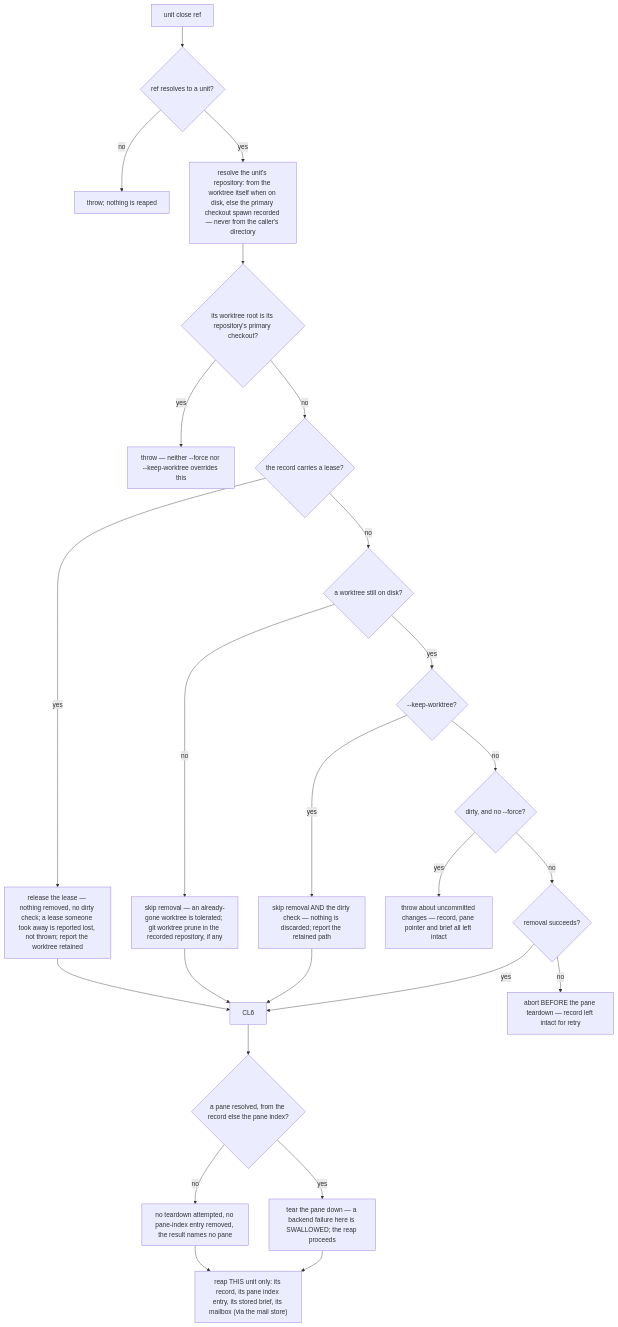
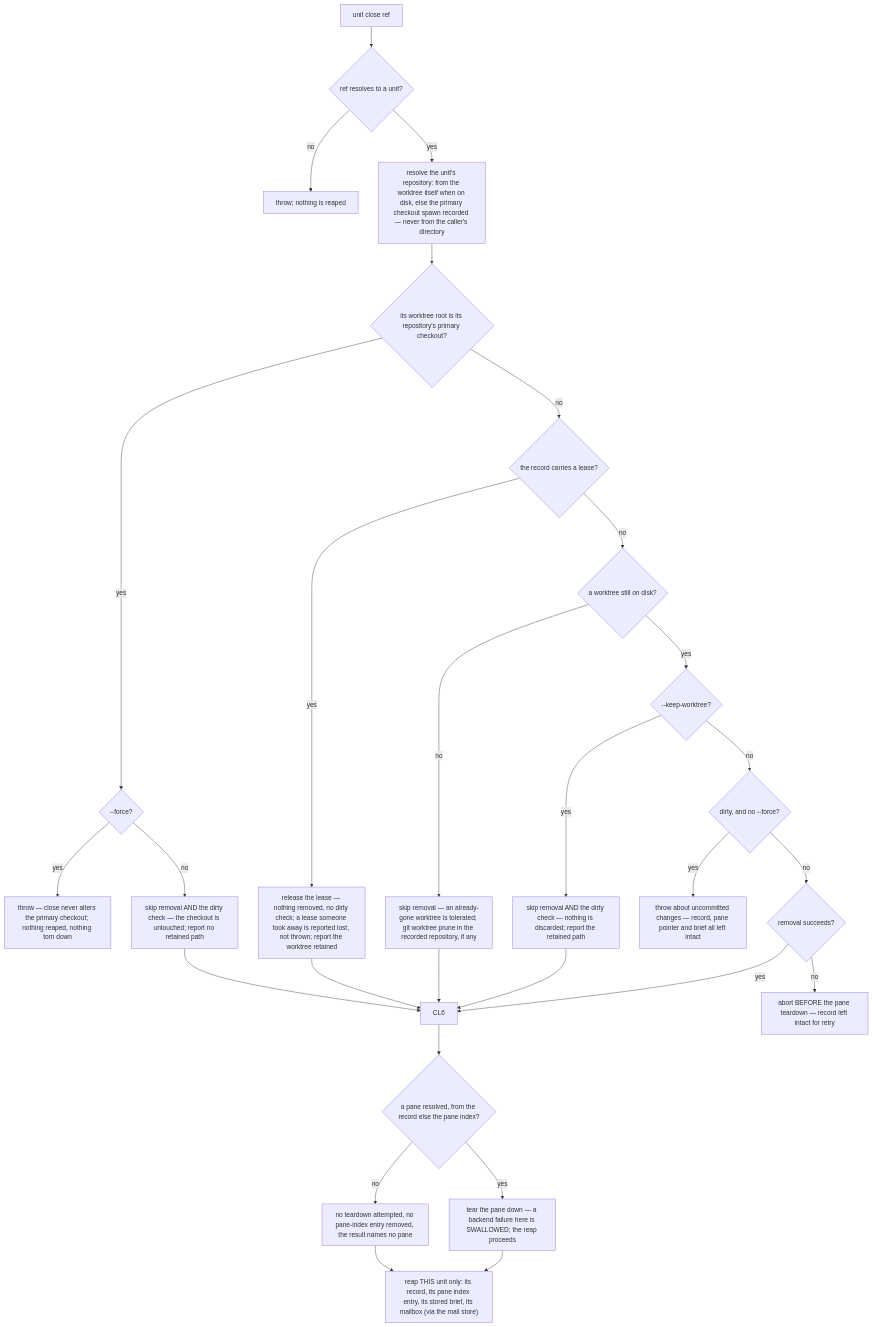
Before and after one commit to cyberuni/cyberlegion: the fifth of 6 diagrams in packages/cyberlegion/.agents/spec/unit/lifecycle/README.md, drawn with Mermaid. The commit also changed other lines of this file and 7 other files, not shown here.

First line of the commit message:
feat: close a unit on the primary checkout without touching the checkout (#249)

````diff
--- a/packages/cyberlegion/.agents/spec/unit/lifecycle/README.md
+++ b/packages/cyberlegion/.agents/spec/unit/lifecycle/README.md
@@ -588,27 +593,30 @@
 ```mermaid
 graph TD
   CL0["unit close ref"] --> CL1{"ref resolves to a unit?"}
   CL1 -- no --> CL1X["throw; nothing is reaped"]
   CL1 -- yes --> CLR["resolve the unit's repository: from the worktree itself when on disk, else the primary checkout spawn recorded — never from the caller's directory"]
   CLR --> CL2{"its worktree root is its repository's primary checkout?"}
-  CL2 -- yes --> CL2X["throw — neither --force nor --keep-worktree overrides this"]
+  CL2 -- yes --> CL2F{"--force?"}
+  CL2F -- yes --> CL2X["throw — close never alters the primary checkout; nothing reaped, nothing torn down"]
+  CL2F -- no --> CL2K["skip removal AND the dirty check — the checkout is untouched; report no retained path"]
+  CL2K --> CL6
   CL2 -- no --> CLL{"the record carries a lease?"}
   CLL -- yes --> CLL1["release the lease — nothing removed, no dirty check; a lease someone took away is reported lost, not thrown; report the worktree retained"]
   CLL1 --> CL6
   CLL -- no --> CL3{"a worktree still on disk?"}
   CL3 -- no --> CLP["skip removal — an already-gone worktree is tolerated; git worktree prune in the recorded repository, if any"]
   CLP --> CL6
   CL3 -- yes --> CLK{"--keep-worktree?"}
   CLK -- yes --> CLK1["skip removal AND the dirty check — nothing is discarded; report the retained path"]
   CLK1 --> CL6
   CLK -- no --> CL4{"dirty, and no --force?"}
   CL4 -- yes --> CL4X["throw about uncommitted changes — record, pane pointer and brief all left intact"]
   CL4 -- no --> CL5{"removal succeeds?"}
   CL5 -- no --> CL5X["abort BEFORE the pane teardown — record left intact for retry"]
   CL5 -- yes --> CL6
   CL6 --> CL7{"a pane resolved, from the record else the pane index?"}
   CL7 -- no --> CL8["no teardown attempted, no pane-index entry removed, the result names no pane"]
   CL7 -- yes --> CL9["tear the pane down — a backend failure here is SWALLOWED; the reap proceeds"]
   CL8 --> CL10
   CL9 --> CL10["reap THIS unit only: its record, its pane index entry, its stored brief, its mailbox (via the mail store)"]
 ```
````
